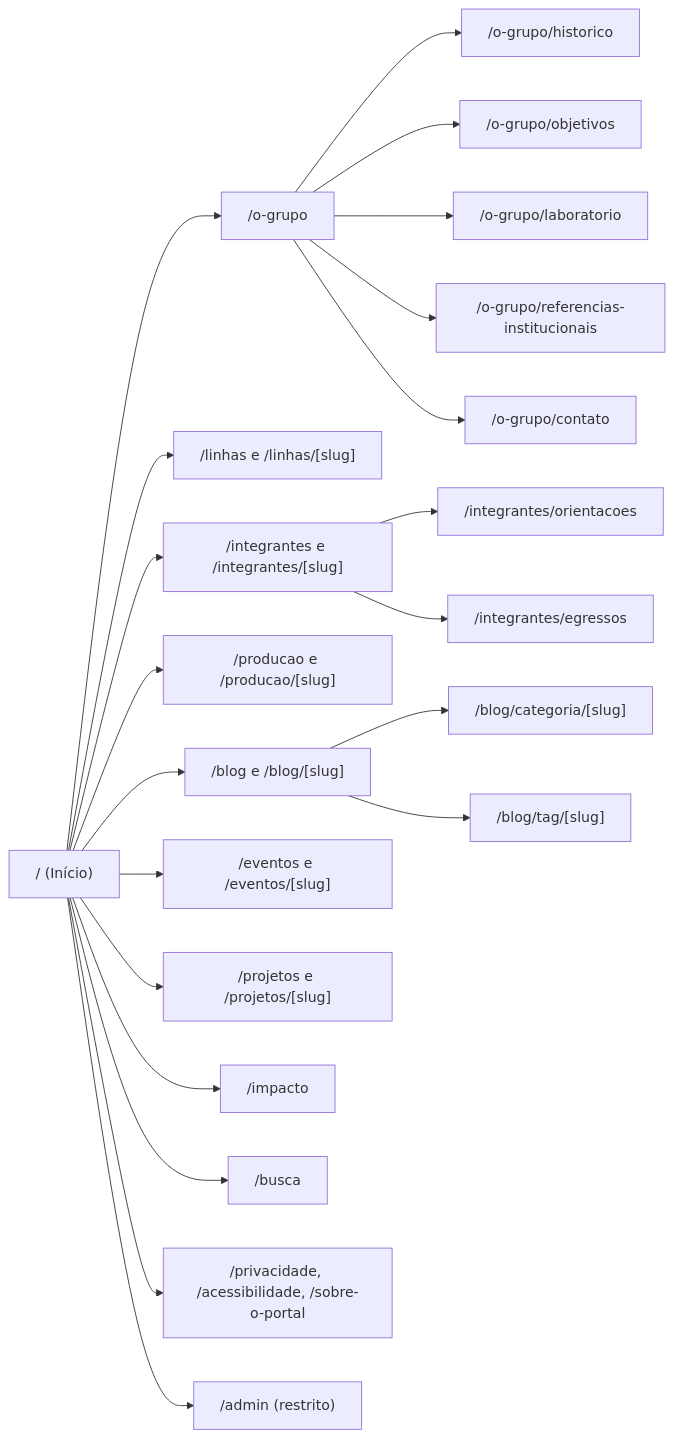
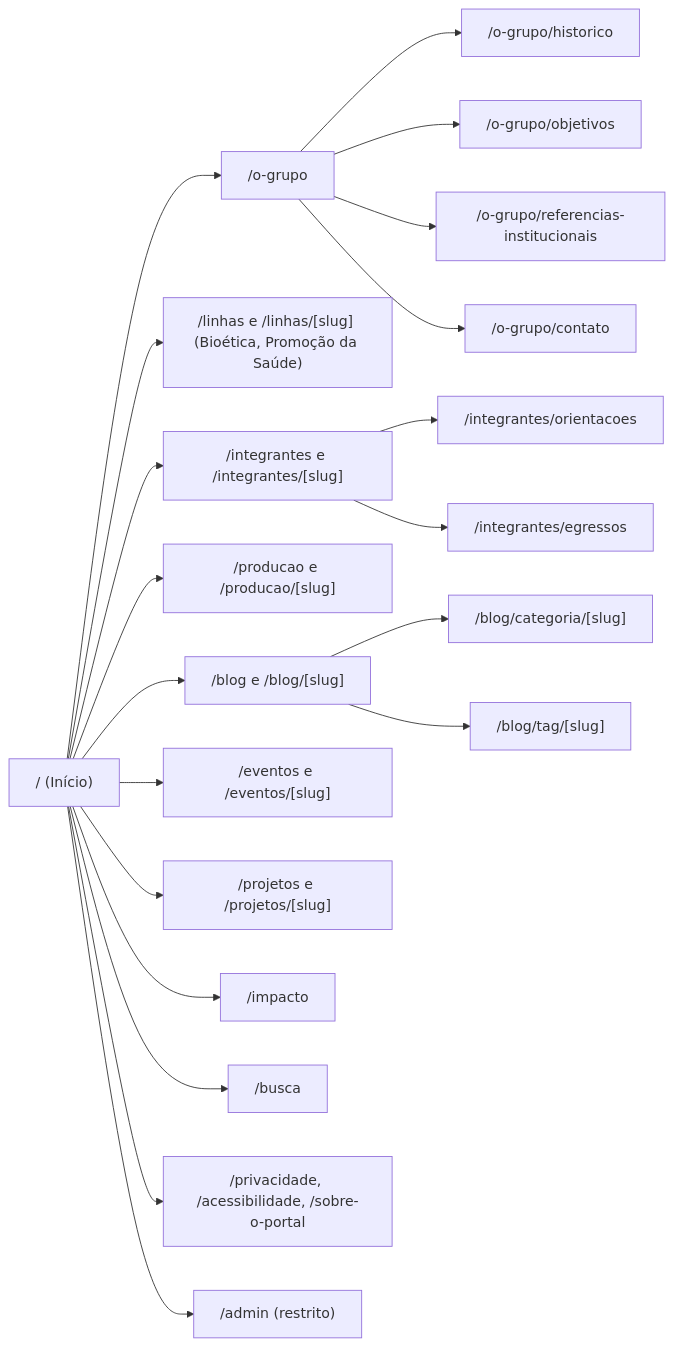
Before and after one commit to labarro/PPGPS-Portal: the second of 10 diagrams in docs/PLANEJAMENTO_PORTAL_PPGPS.md, drawn with Mermaid. The commit also changed other lines of this file and 29 other files, not shown here.

````diff
--- a/docs/PLANEJAMENTO_PORTAL_PPGPS.md
+++ b/docs/PLANEJAMENTO_PORTAL_PPGPS.md
@@ -616,24 +640,23 @@
 ```mermaid
 flowchart LR
     H["/ (Início)"]
     H --> GR["/o-grupo"]
     GR --> GR1["/o-grupo/historico"]
     GR --> GR2["/o-grupo/objetivos"]
-    GR --> GR3["/o-grupo/laboratorio"]
     GR --> GR4["/o-grupo/referencias-institucionais"]
     GR --> GR5["/o-grupo/contato"]
-    H --> LI["/linhas e /linhas/[slug]"]
+    H --> LI["/linhas e /linhas/[slug] (Bioética, Promoção da Saúde)"]
     H --> IN["/integrantes e /integrantes/[slug]"]
     IN --> IN1["/integrantes/orientacoes"]
     IN --> IN2["/integrantes/egressos"]
     H --> PD["/producao e /producao/[slug]"]
     H --> B["/blog e /blog/[slug]"]
     B --> B1["/blog/categoria/[slug]"]
     B --> B2["/blog/tag/[slug]"]
     H --> EV["/eventos e /eventos/[slug]"]
     H --> PJ["/projetos e /projetos/[slug]"]
     H --> IM["/impacto"]
     H --> BU["/busca"]
     H --> LG["/privacidade, /acessibilidade, /sobre-o-portal"]
     H --> AD["/admin (restrito)"]
 ```
````
